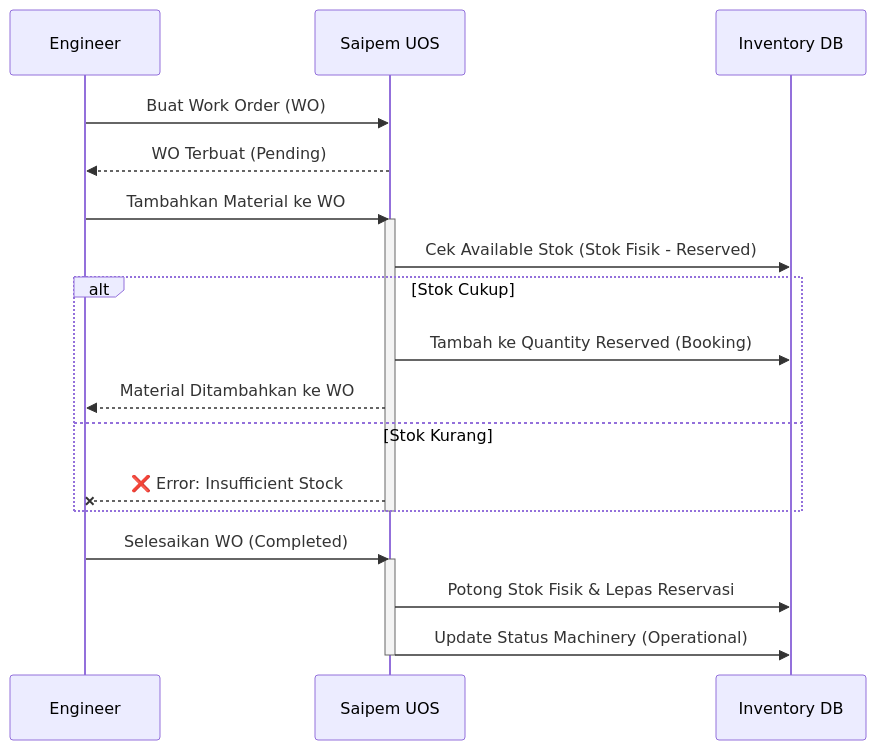
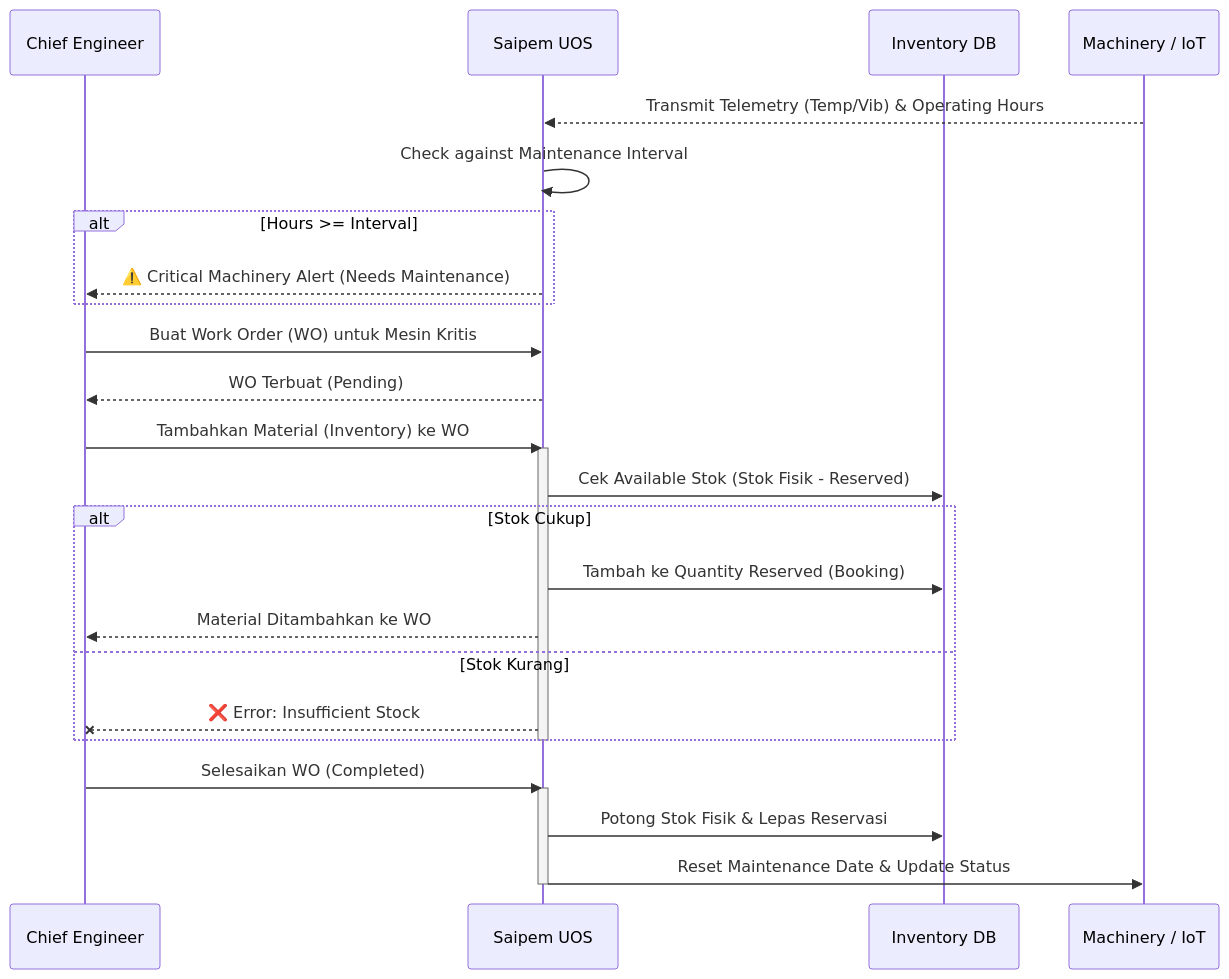
One commit to DiegoSavio1027/saipem changed the third of 4 diagrams in README.md. Above: the diagram before and after it, drawn with Mermaid. The commit also changed other lines of this file and 1 other file, not shown here.

Commit message:
docs: update comprehensive project documentation and mermaid diagrams

````diff
--- a/README.md
+++ b/README.md
@@ -132,26 +134,33 @@
 ```mermaid
 sequenceDiagram
-    participant Eng as Engineer
+    participant Eng as Chief Engineer
     participant System as Saipem UOS
     participant DB as Inventory DB
+    participant Mac as Machinery / IoT
     
-    Eng->>System: Buat Work Order (WO)
+    Mac-->>System: Transmit Telemetry (Temp/Vib) & Operating Hours
+    System->>System: Check against Maintenance Interval
+    alt Hours >= Interval
+        System-->>Eng: ⚠️ Critical Machinery Alert (Needs Maintenance)
+    end
+
+    Eng->>System: Buat Work Order (WO) untuk Mesin Kritis
     System-->>Eng: WO Terbuat (Pending)
     
-    Eng->>System: Tambahkan Material ke WO
+    Eng->>System: Tambahkan Material (Inventory) ke WO
     activate System
     System->>DB: Cek Available Stok (Stok Fisik - Reserved)
     alt Stok Cukup
         System->>DB: Tambah ke Quantity Reserved (Booking)
         System-->>Eng: Material Ditambahkan ke WO
     else Stok Kurang
         System--xEng: ❌ Error: Insufficient Stock
     end
     deactivate System
     
     Eng->>System: Selesaikan WO (Completed)
     activate System
     System->>DB: Potong Stok Fisik & Lepas Reservasi
-    System->>DB: Update Status Machinery (Operational)
+    System->>Mac: Reset Maintenance Date & Update Status
     deactivate System
 ```
````
